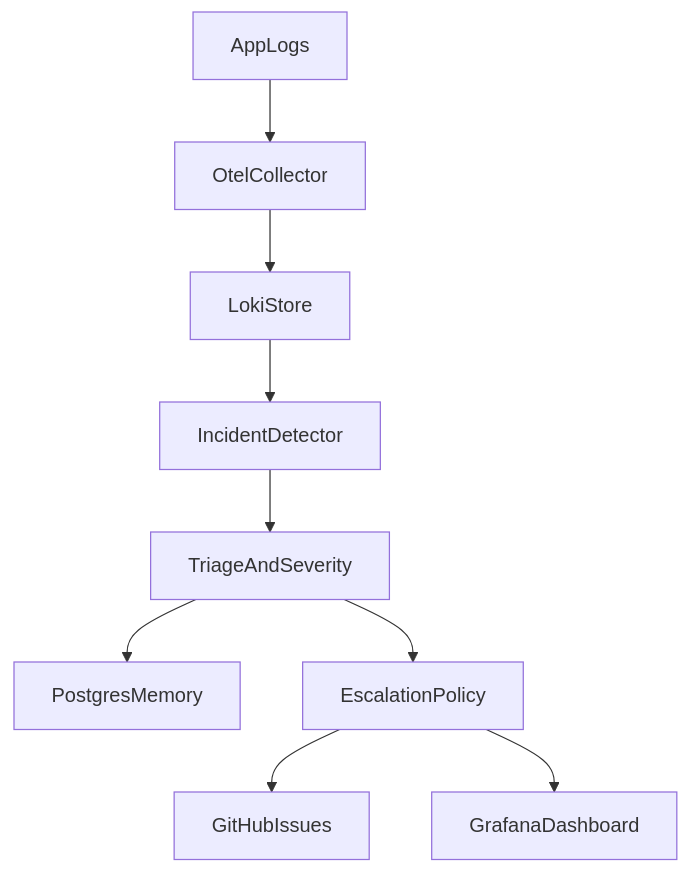
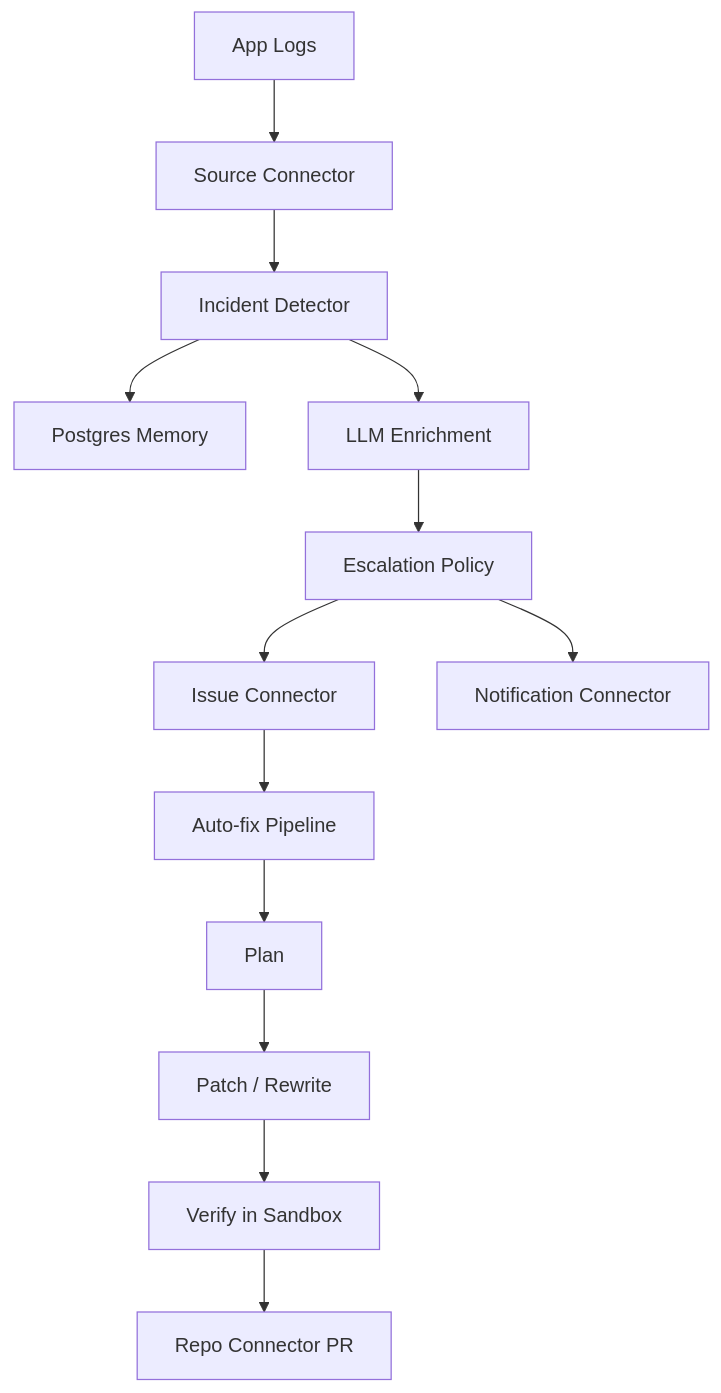
Before and after one commit to rutvij26/incident-orchestration-agent: the first of 2 diagrams in README.md, drawn with Mermaid. The commit also changed other lines of this file, not shown here.

````diff
--- a/README.md
+++ b/README.md
@@ -10,11 +12,15 @@
 ```mermaid
 flowchart TD
-  appLogs[AppLogs] --> otel[OtelCollector]
-  otel --> loki[LokiStore]
-  loki --> detector[IncidentDetector]
-  detector --> triage[TriageAndSeverity]
-  triage --> memory[PostgresMemory]
-  triage --> policy[EscalationPolicy]
-  policy --> issues[GitHubIssues]
-  policy --> dashboard[GrafanaDashboard]
+  appLogs[App Logs] --> sourceConnector[Source Connector]
+  sourceConnector --> detector[Incident Detector]
+  detector --> memory[Postgres Memory]
+  detector --> llm[LLM Enrichment]
+  llm --> policy[Escalation Policy]
+  policy --> issueConnector[Issue Connector]
+  policy --> notifyConnector[Notification Connector]
+  issueConnector --> autofix[Auto-fix Pipeline]
+  autofix --> plan[Plan]
+  plan --> patch[Patch / Rewrite]
+  patch --> verify[Verify in Sandbox]
+  verify --> repoConnector[Repo Connector PR]
 ```
````
